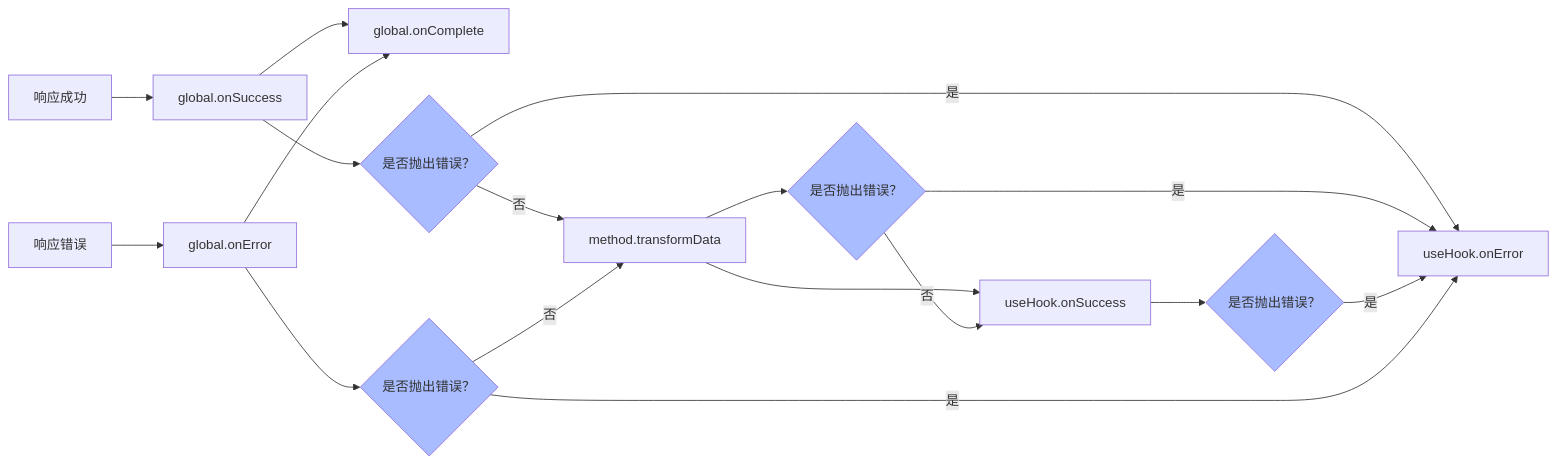
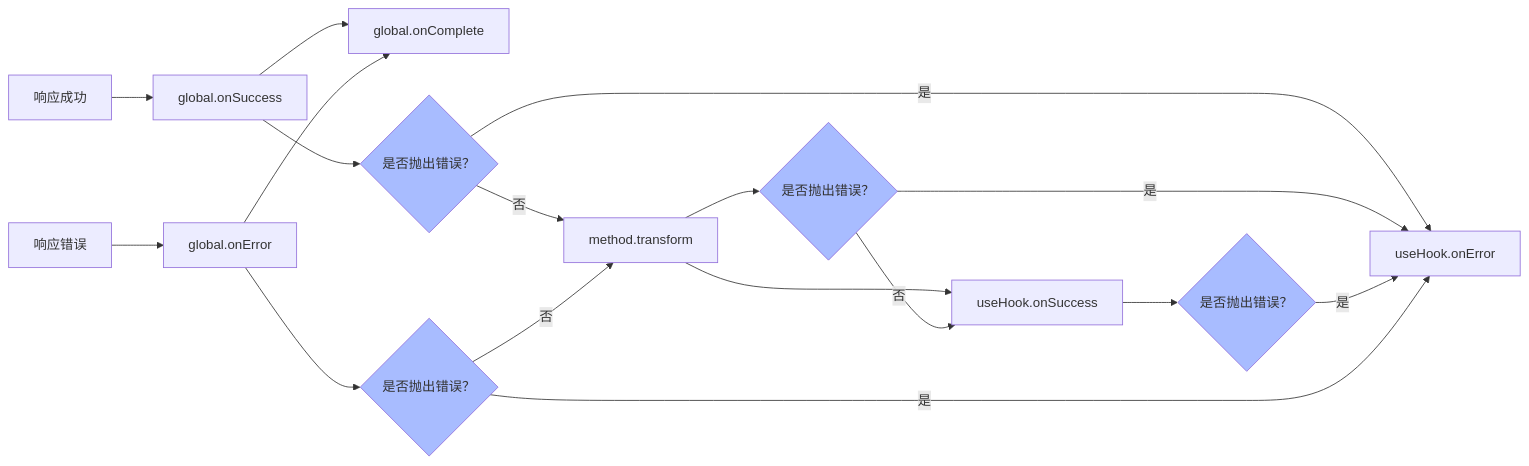
The diagram in i18n/zh-CN/docusaurus-plugin-content-docs/current/tutorial/02-getting-started/03-basic/07-combine-framework.md (alovajs/alovajs.github.io), drawn with Mermaid before and after one commit. The commit also changed other lines of this file and 178 other files, not shown here.

````diff
--- a/i18n/zh-CN/docusaurus-plugin-content-docs/current/tutorial/02-getting-started/03-basic/07-combine-framework.md
+++ b/i18n/zh-CN/docusaurus-plugin-content-docs/current/tutorial/02-getting-started/03-basic/07-combine-framework.md
@@ -163,24 +163,24 @@
 ```mermaid
 flowchart LR
   classDef condition fill:#a8bcff
 
   R1[响应成功] --> global.onSuccess
   global.onSuccess --> global.onComplete
   global.onSuccess --> throw{是否抛出错误？}:::condition
-  throw -->|否| method.transformData
-  method.transformData --> useHook.onSuccess
+  throw -->|否| method.transform
+  method.transform --> useHook.onSuccess
   throw -->|是| useHook.onError
 
-  method.transformData --> throw2{是否抛出错误？}:::condition
+  method.transform --> throw2{是否抛出错误？}:::condition
   throw2 -->|否| useHook.onSuccess
   throw2 -->|是| useHook.onError
 
   useHook.onSuccess --> throw3{是否抛出错误？}:::condition
   throw3 -->|是| useHook.onError
 
   R2[响应错误] --> global.onError
   global.onError --> global.onComplete
   global.onError --> throw4{是否抛出错误？}:::condition
   throw4 -->|是| useHook.onError
-  throw4 -->|否| method.transformData
+  throw4 -->|否| method.transform
 ```
````
